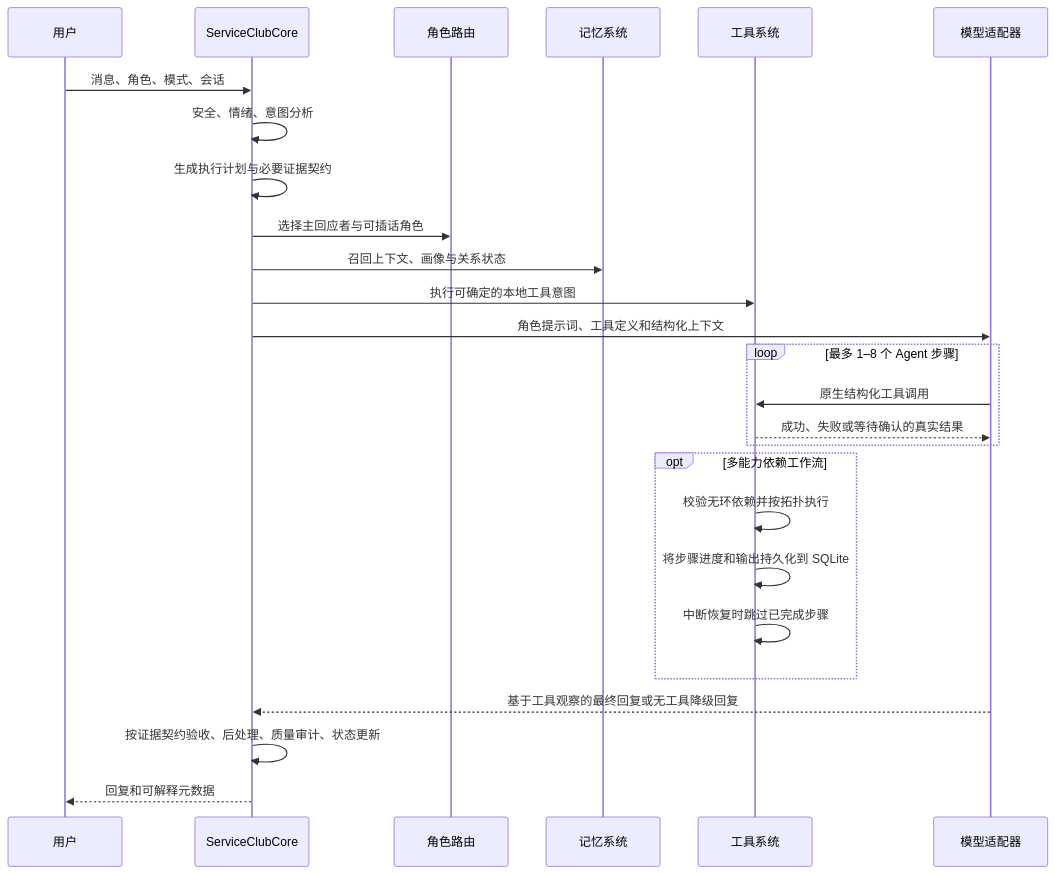
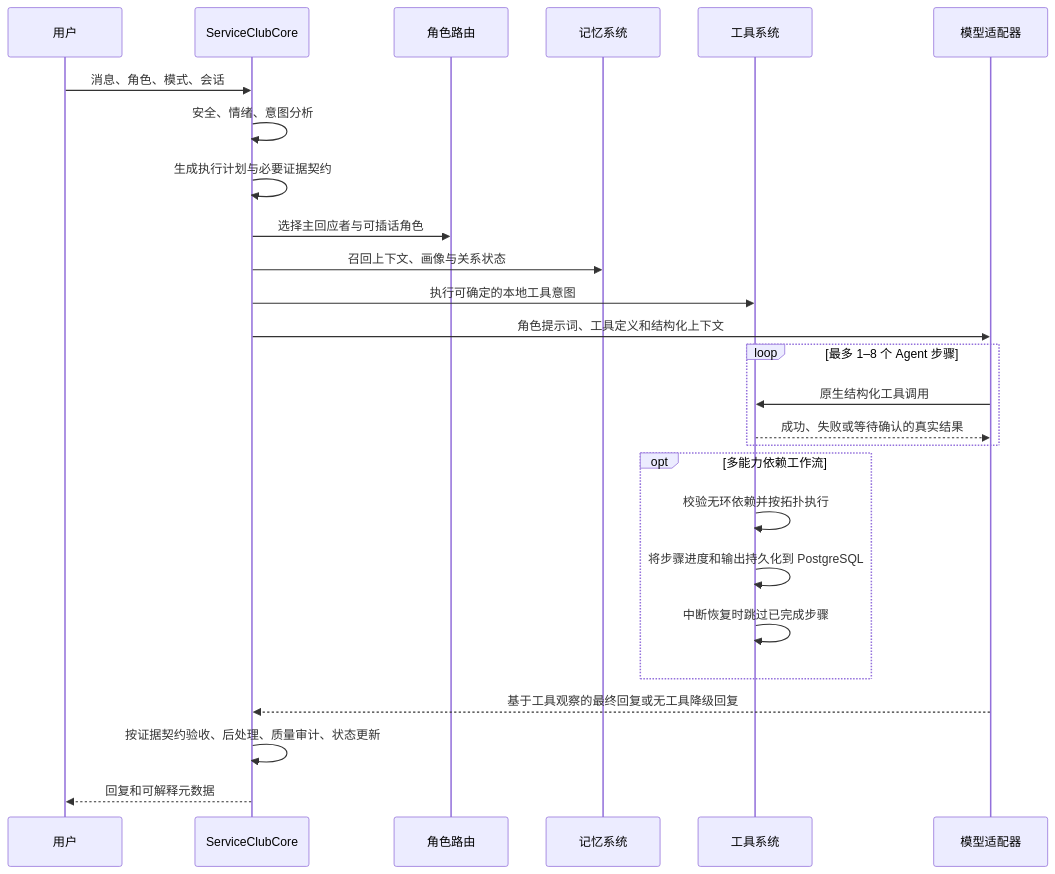
Before and after one commit to yukino-520/yukino-agent: the third of 4 diagrams in docs/ARCHITECTURE.md, drawn with Mermaid. The commit also changed other lines of this file and 37 other files, not shown here.

````diff
--- a/docs/ARCHITECTURE.md
+++ b/docs/ARCHITECTURE.md
@@ -58,28 +58,28 @@
 ```mermaid
 sequenceDiagram
     participant U as 用户
     participant C as ServiceClubCore
     participant R as 角色路由
     participant M as 记忆系统
     participant T as 工具系统
     participant L as 模型适配器
     U->>C: 消息、角色、模式、会话
     C->>C: 安全、情绪、意图分析
     C->>C: 生成执行计划与必要证据契约
     C->>R: 选择主回应者与可插话角色
     C->>M: 召回上下文、画像与关系状态
     C->>T: 执行可确定的本地工具意图
     C->>L: 角色提示词、工具定义和结构化上下文
     loop 最多 1–8 个 Agent 步骤
         L->>T: 原生结构化工具调用
         T-->>L: 成功、失败或等待确认的真实结果
     end
     opt 多能力依赖工作流
         T->>T: 校验无环依赖并按拓扑执行
-        T->>T: 将步骤进度和输出持久化到 SQLite
+        T->>T: 将步骤进度和输出持久化到 PostgreSQL
         T->>T: 中断恢复时跳过已完成步骤
     end
     L-->>C: 基于工具观察的最终回复或无工具降级回复
     C->>C: 按证据契约验收、后处理、质量审计、状态更新
     C-->>U: 回复和可解释元数据
 ```
````
